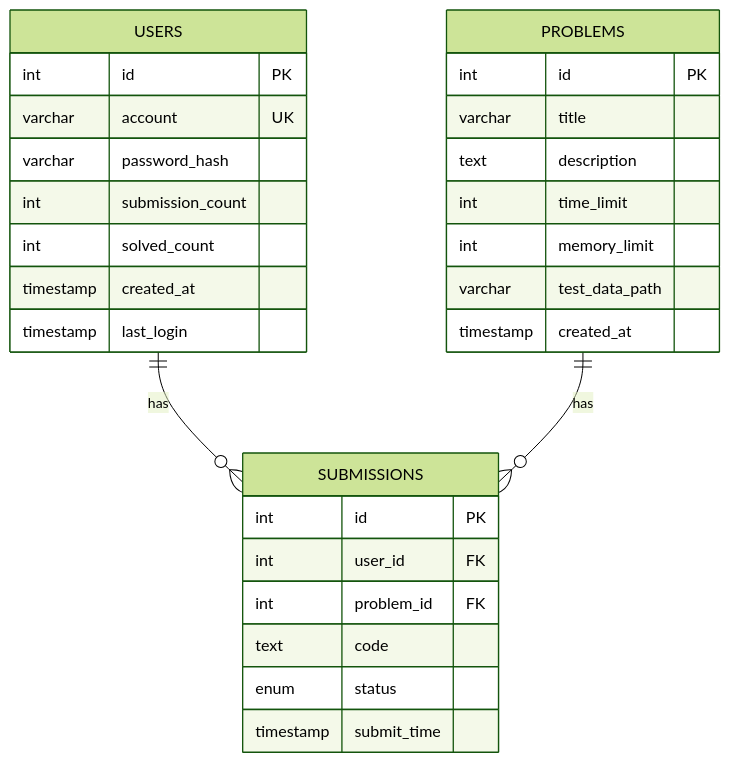
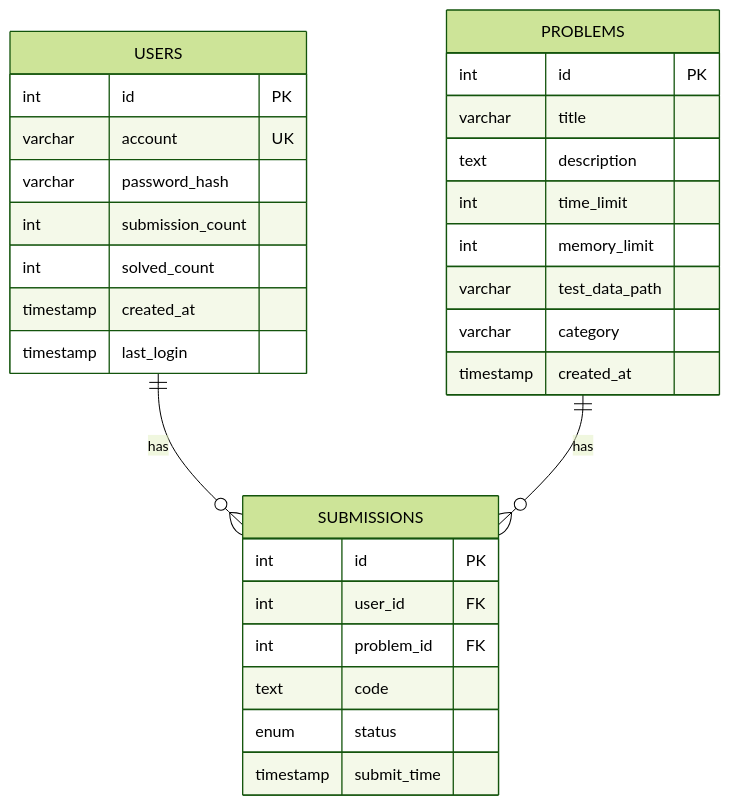
Before and after one commit to jinpeng900/OJ-Test: the seventh of 7 diagrams in .qoder/repowiki/zh/content/核心模块详解/用户模块.md, drawn with Mermaid (forest theme). The commit also changed other lines of this file and 147 other files, not shown here.

````diff
--- a/.qoder/repowiki/zh/content/核心模块详解/用户模块.md
+++ b/.qoder/repowiki/zh/content/核心模块详解/用户模块.md
@@ -398,31 +362,32 @@
 ```mermaid
 erDiagram
 USERS {
 int id PK
 varchar account UK
 varchar password_hash
 int submission_count
 int solved_count
 timestamp created_at
 timestamp last_login
 }
 PROBLEMS {
 int id PK
 varchar title
 text description
 int time_limit
 int memory_limit
 varchar test_data_path
+varchar category
 timestamp created_at
 }
 SUBMISSIONS {
 int id PK
 int user_id FK
 int problem_id FK
 text code
 enum status
 timestamp submit_time
 }
 USERS ||--o{ SUBMISSIONS : "has"
 PROBLEMS ||--o{ SUBMISSIONS : "has"
 ```
````
